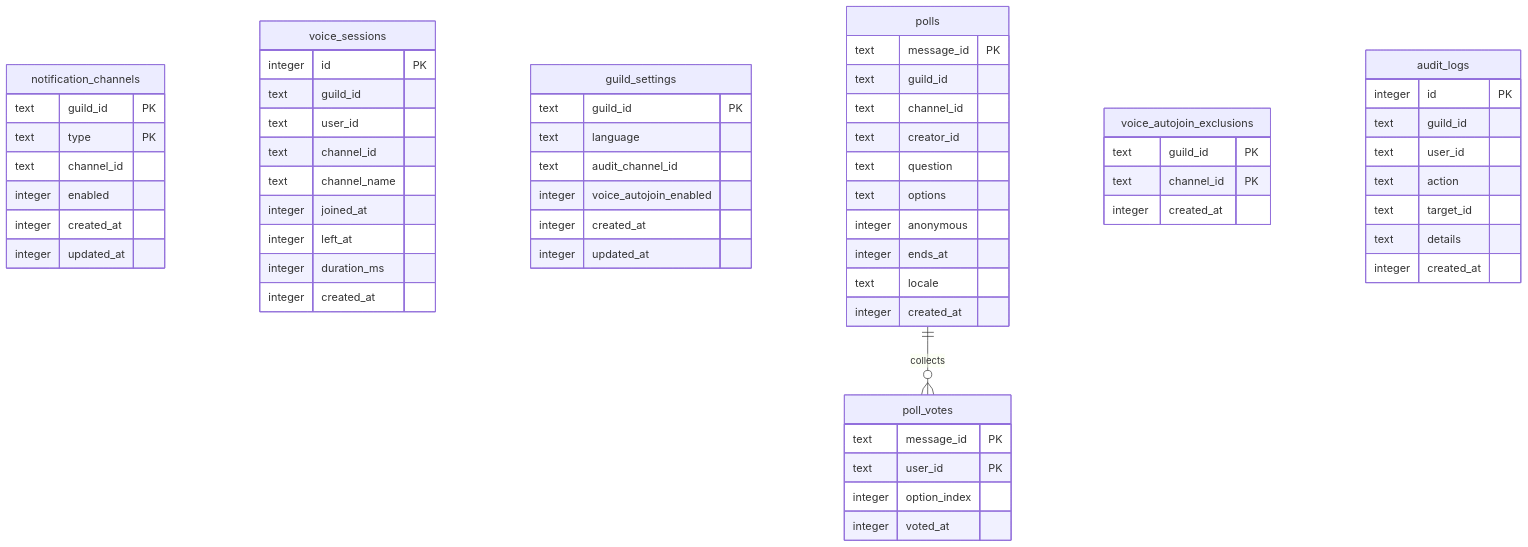
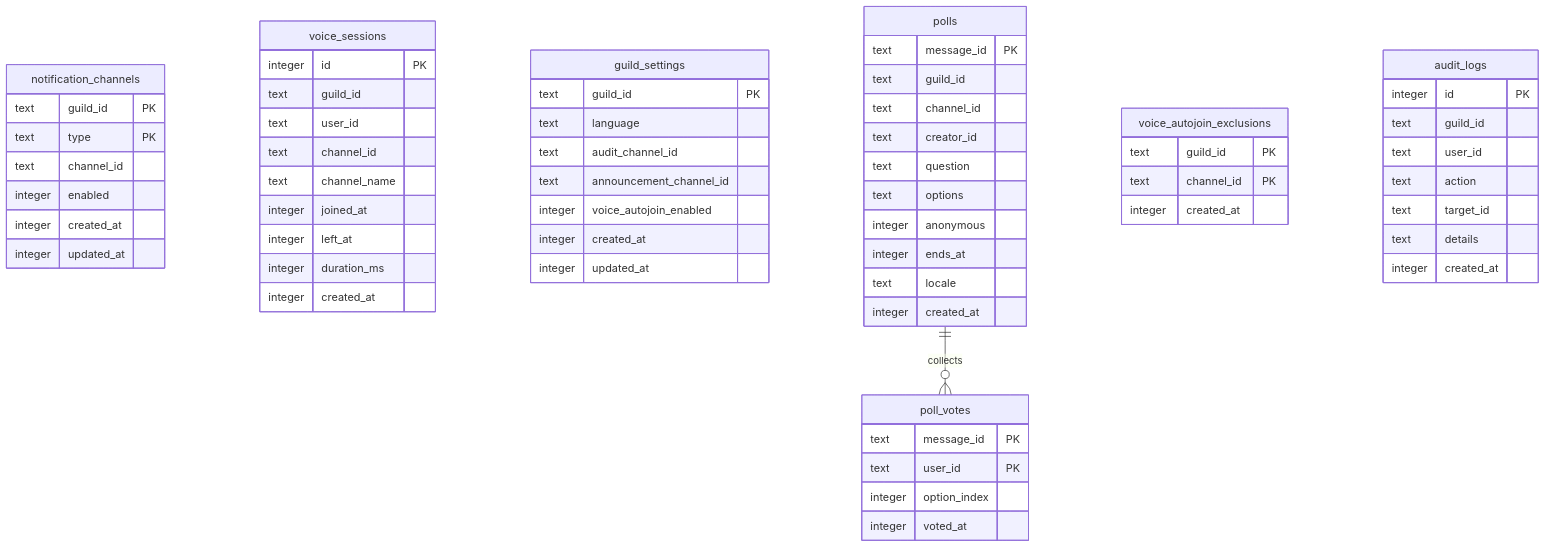
One commit to iam74k4/DiscordBot changed the diagram in docs/database.md. Above: the diagram before and after it, drawn with Mermaid. The commit also changed other lines of this file and 13 other files, not shown here.

````diff
--- a/docs/database.md
+++ b/docs/database.md
@@ -244,70 +250,71 @@
 ```mermaid
 erDiagram
     notification_channels {
         text guild_id PK
         text type PK
         text channel_id
         integer enabled
         integer created_at
         integer updated_at
     }
 
     voice_sessions {
         integer id PK
         text guild_id
         text user_id
         text channel_id
         text channel_name
         integer joined_at
         integer left_at
         integer duration_ms
         integer created_at
     }
 
     guild_settings {
         text guild_id PK
         text language
         text audit_channel_id
+        text announcement_channel_id
         integer voice_autojoin_enabled
         integer created_at
         integer updated_at
     }
 
     polls {
         text message_id PK
         text guild_id
         text channel_id
         text creator_id
         text question
         text options
         integer anonymous
         integer ends_at
         text locale
         integer created_at
     }
 
     poll_votes {
         text message_id PK
         text user_id PK
         integer option_index
         integer voted_at
     }
 
     voice_autojoin_exclusions {
         text guild_id PK
         text channel_id PK
         integer created_at
     }
 
     polls ||--o{ poll_votes : "collects"
 
     audit_logs {
         integer id PK
         text guild_id
         text user_id
         text action
         text target_id
         text details
         integer created_at
     }
 ```
````
